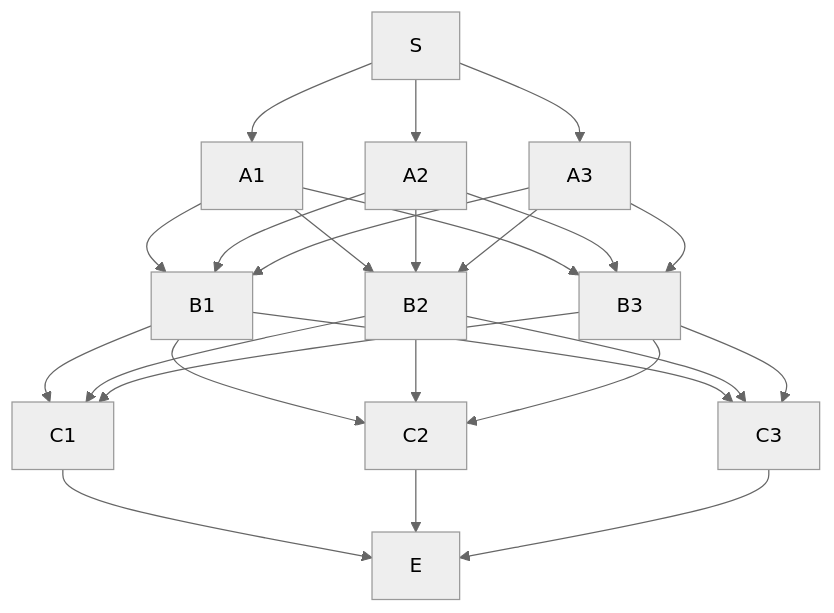
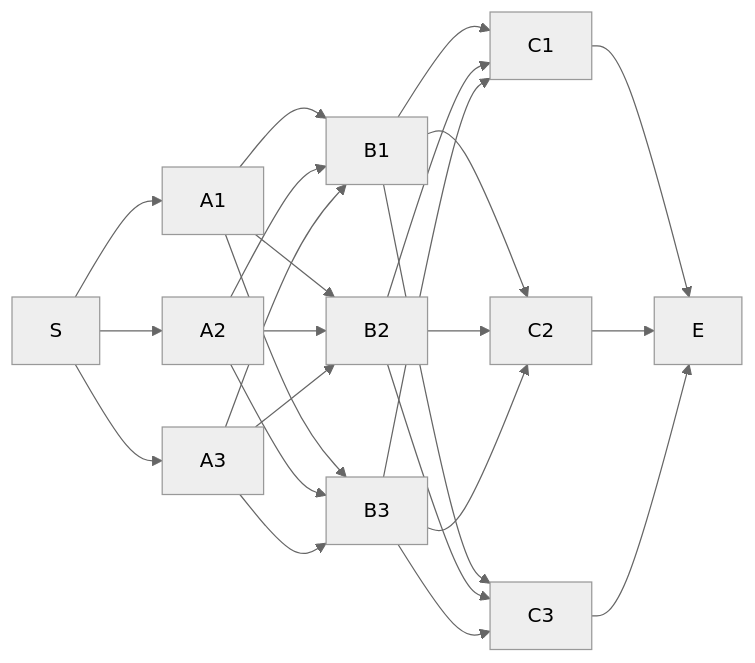
The diagram in Hidden Markov Model.md (vicky-liu17/vicky-blogs), drawn with Mermaid (neutral theme) before and after one commit. The commit also changed other lines of this file, not shown here.

````diff
--- a/Hidden Markov Model.md
+++ b/Hidden Markov Model.md
@@ -131,27 +131,27 @@
 ```mermaid
-graph TD;
+graph LR;
     S-->A1;
     S-->A2;
     S-->A3;
     A1-->B1;
     A1-->B2;
     A1-->B3;
     A2-->B1;
     A2-->B2;
     A2-->B3;
     A3-->B1;
     A3-->B2;
     A3-->B3;
     B1-->C1;
     B1-->C2;
     B1-->C3;
     B2-->C1;
     B2-->C2;
     B2-->C3;
     B3-->C1;
     B3-->C2;
     B3-->C3;
     C1-->E;
     C2-->E;
     C3-->E;
 ```
````
